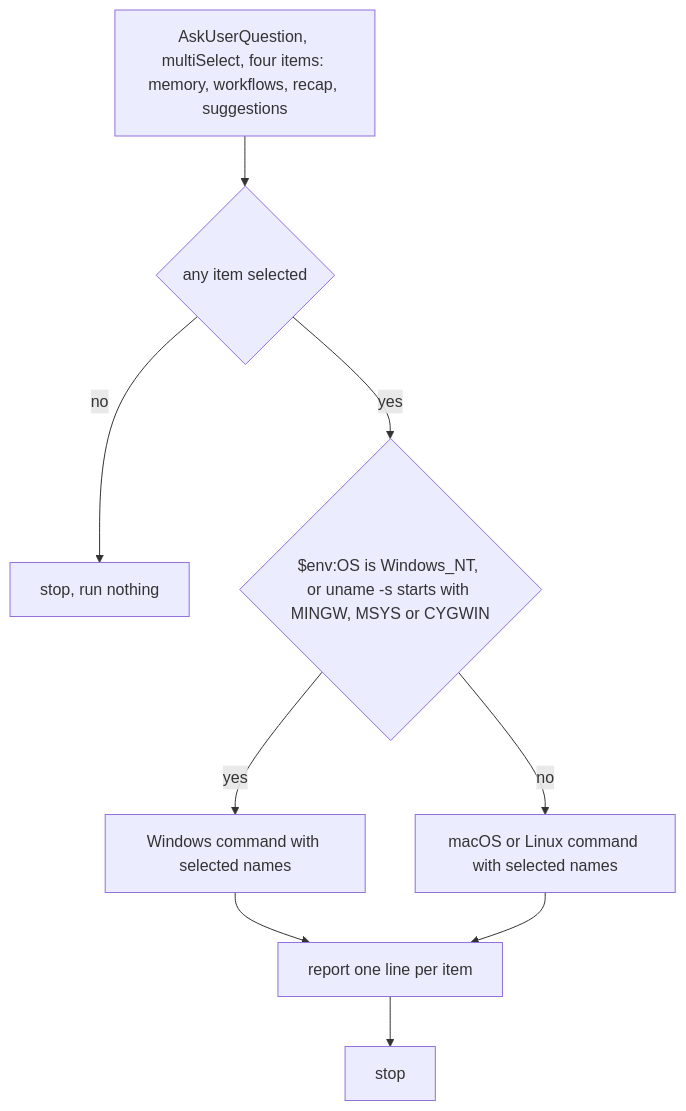
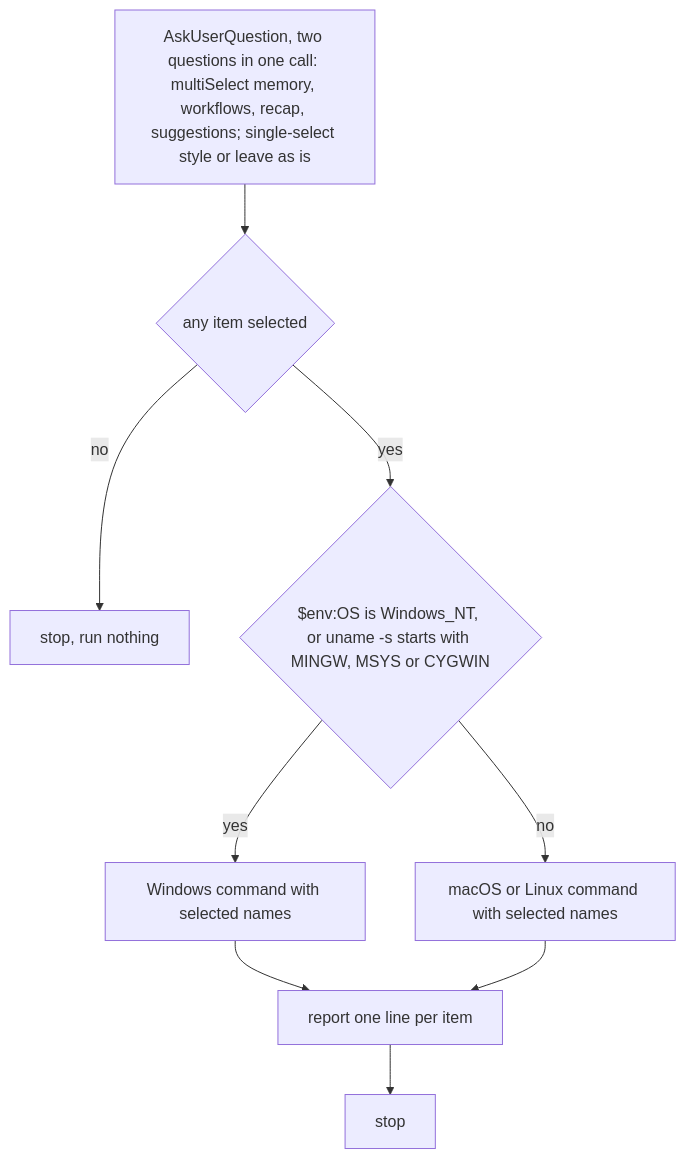
Before and after one commit to XVE-BV/claude-marketplace: the diagram in plugins/starter/skills/setup/SKILL.md, drawn with Mermaid. The commit also changed other lines of this file and 7 other files, not shown here.

````diff
--- a/plugins/starter/skills/setup/SKILL.md
+++ b/plugins/starter/skills/setup/SKILL.md
@@ -21,9 +23,9 @@
 ```mermaid
 flowchart TD
-  ask["AskUserQuestion, multiSelect, four items: memory, workflows, recap, suggestions"] --> any{"any item selected"}
+  ask["AskUserQuestion, two questions in one call: multiSelect memory, workflows, recap, suggestions; single-select style or leave as is"] --> any{"any item selected"}
   any -->|no| stop["stop, run nothing"]
   any -->|yes| os{"$env:OS is Windows_NT, or uname -s starts with MINGW, MSYS or CYGWIN"}
   os -->|yes| win["Windows command with selected names"]
   os -->|no| nix["macOS or Linux command with selected names"]
   win & nix --> report["report one line per item"] --> done["stop"]
 ```
````
